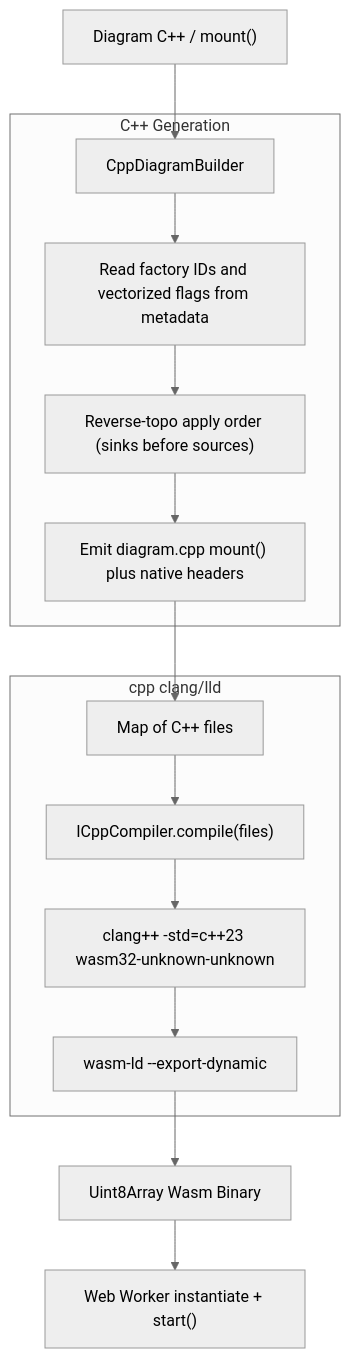
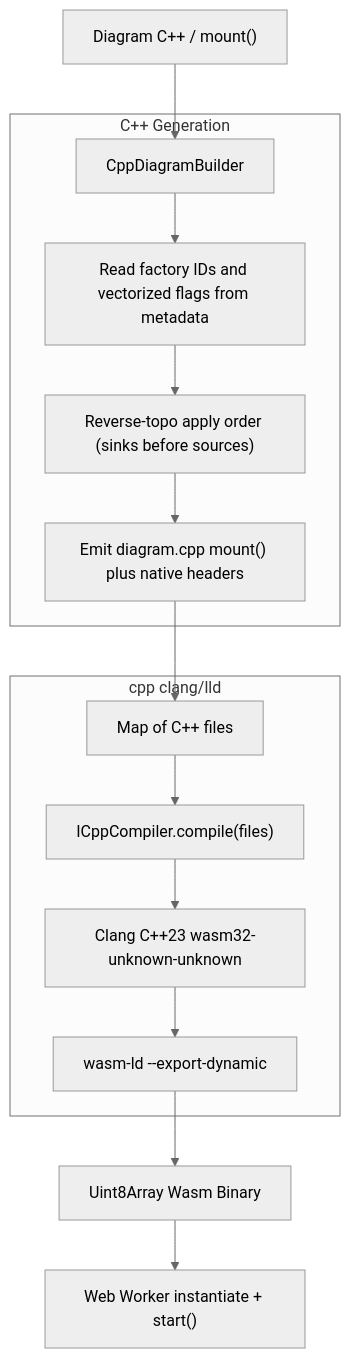
Before and after one commit to dzmauchy/bld: the second of 4 diagrams in README.md, drawn with Mermaid (neutral theme). The commit also changed other lines of this file and 45 other files, not shown here.

Commit message:
Remove pinned clang-wasm loop

````diff
--- a/README.md
+++ b/README.md
@@ -164,21 +164,21 @@
 ```mermaid
 flowchart TD
     A["Diagram C++ / mount()"] --> B["CppDiagramBuilder"]
     
     subgraph Emit["C++ Generation"]
         B --> B1["Read factory IDs and vectorized flags from metadata"]
         B1 --> B2["Reverse-topo apply order (sinks before sources)"]
         B2 --> B3["Emit diagram.cpp mount() plus native headers"]
     end
     
     B3 --> C["Map of C++ files"]
     
     subgraph ClangLld["cpp clang/lld"]
         C --> D["ICppCompiler.compile(files)"]
-        D --> E["clang++ -std=c++23 wasm32-unknown-unknown"]
+        D --> E["Clang C++23 wasm32-unknown-unknown"]
         E --> F["wasm-ld --export-dynamic"]
     end
     
     F --> G["Uint8Array Wasm Binary"]
     G --> H["Web Worker instantiate + start()"]
 ```
````
